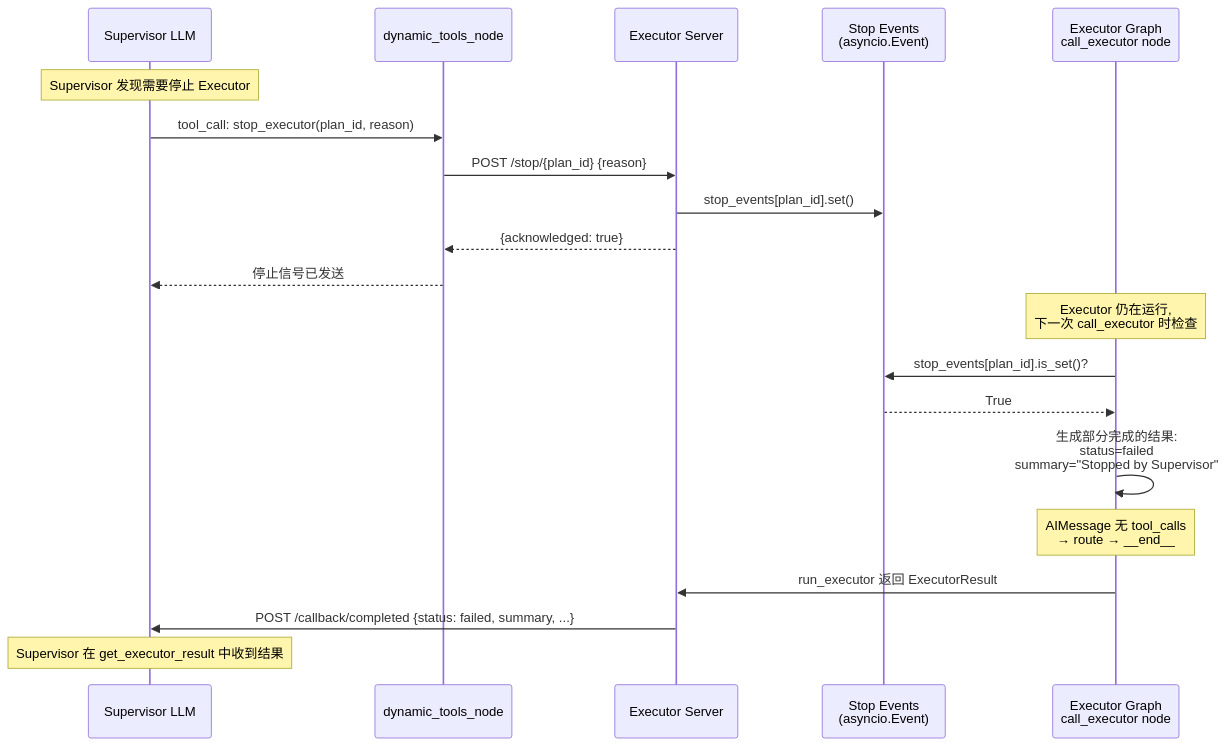
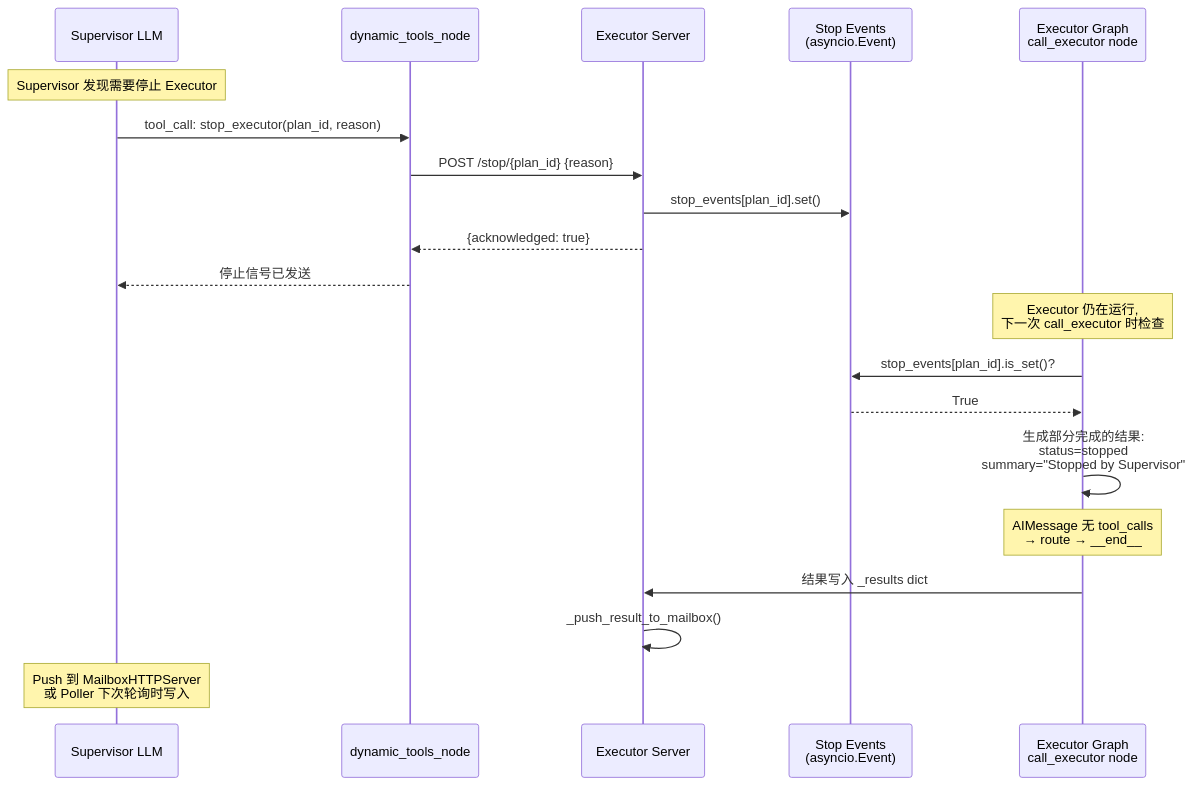
One commit to Tlaven/agent-triad changed the fourth of 8 diagrams in docs/v3-architecture-diagrams.md. Above: the diagram before and after it, drawn with Mermaid. The commit also changed other lines of this file and 58 other files, not shown here.

````diff
--- a/docs/v3-architecture-diagrams.md
+++ b/docs/v3-architecture-diagrams.md
@@ -135,27 +205,27 @@
 ```mermaid
 sequenceDiagram
     participant SM as Supervisor LLM
     participant DT as dynamic_tools_node
     participant ES as Executor Server
     participant SF as Stop Events<br/>(asyncio.Event)
     participant EG as Executor Graph<br/>call_executor node
 
     Note over SM: Supervisor 发现需要停止 Executor
 
     SM->>DT: tool_call: stop_executor(plan_id, reason)
     DT->>ES: POST /stop/{plan_id} {reason}
     ES->>SF: stop_events[plan_id].set()
     ES-->>DT: {acknowledged: true}
     DT-->>SM: 停止信号已发送
 
     Note over EG: Executor 仍在运行,<br/>下一次 call_executor 时检查
 
     EG->>SF: stop_events[plan_id].is_set()?
     SF-->>EG: True
-    EG->>EG: 生成部分完成的结果:<br/>status=failed<br/>summary="Stopped by Supervisor"
+    EG->>EG: 生成部分完成的结果:<br/>status=stopped<br/>summary="Stopped by Supervisor"
     Note over EG: AIMessage 无 tool_calls<br/>→ route → __end__
-    EG->>ES: run_executor 返回 ExecutorResult
-    ES->>SM: POST /callback/completed {status: failed, summary, ...}
+    EG->>ES: 结果写入 _results dict
+    ES->>ES: _push_result_to_mailbox()
 
-    Note over SM: Supervisor 在 get_executor_result 中收到结果
+    Note over SM: Push 到 MailboxHTTPServer<br/>或 Poller 下次轮询时写入
 ```
````
